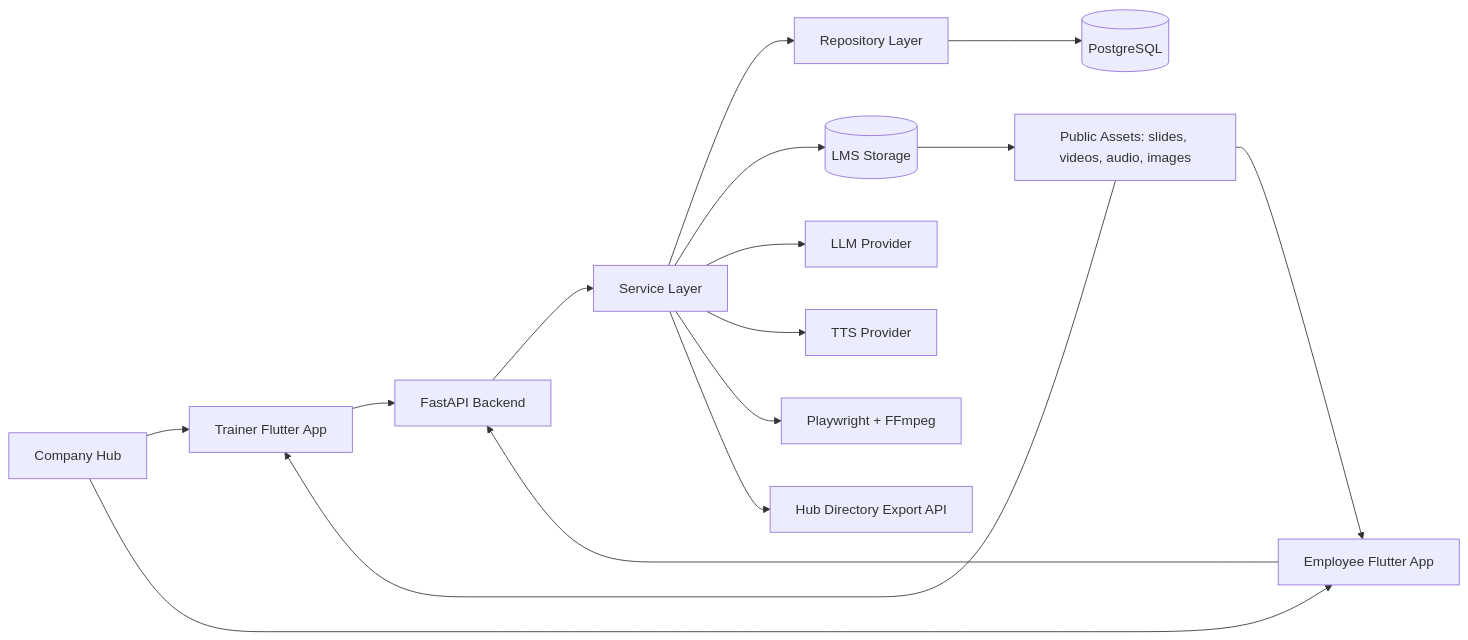
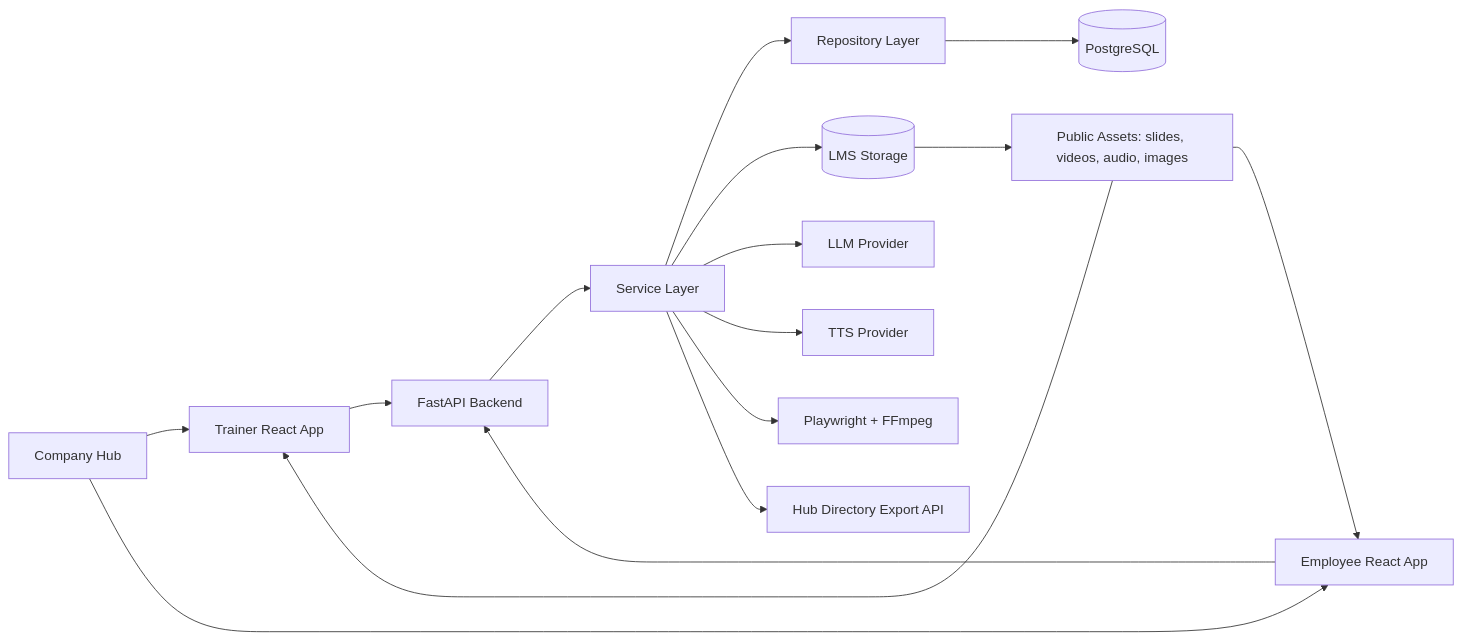
One commit to PraharshSrivastava/learning-management changed the first of 8 diagrams in README.md. Above: the diagram before and after it, drawn with Mermaid. The commit also changed other lines of this file, not shown here.

Commit message:
Document the React workspace in the README

````diff
--- a/README.md
+++ b/README.md
@@ -36,22 +38,22 @@
 ```mermaid
 flowchart LR
-    Hub[Company Hub] --> TrainerApp[Trainer Flutter App]
-    Hub --> EmployeeApp[Employee Flutter App]
+    Hub[Company Hub] --> TrainerApp[Trainer React App]
+    Hub --> EmployeeApp[Employee React App]
 
     TrainerApp --> API[FastAPI Backend]
     EmployeeApp --> API
 
     API --> Services[Service Layer]
     Services --> Repos[Repository Layer]
     Repos --> Postgres[(PostgreSQL)]
 
     Services --> Storage[(LMS Storage)]
     Storage --> Assets[Public Assets: slides, videos, audio, images]
     Assets --> TrainerApp
     Assets --> EmployeeApp
 
     Services --> LLM[LLM Provider]
     Services --> TTS[TTS Provider]
     Services --> FFmpeg[Playwright + FFmpeg]
     Services --> Directory[Hub Directory Export API]
 ```
````
